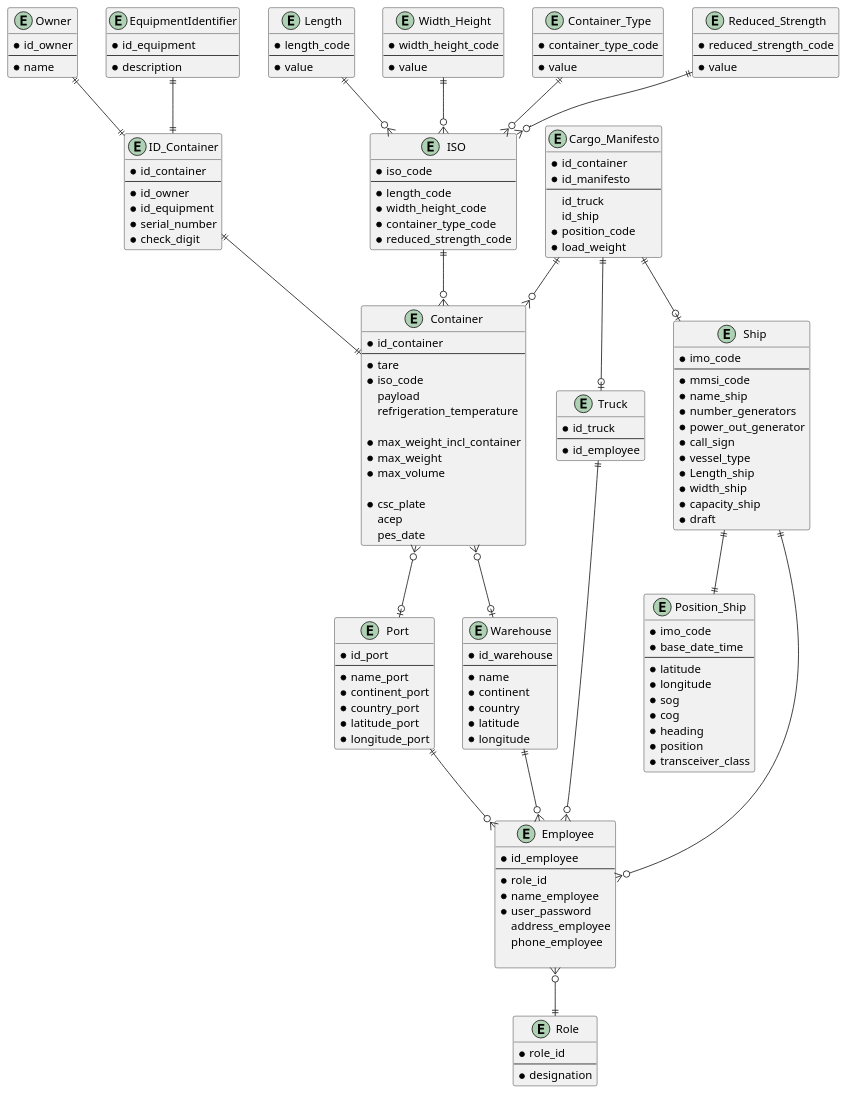
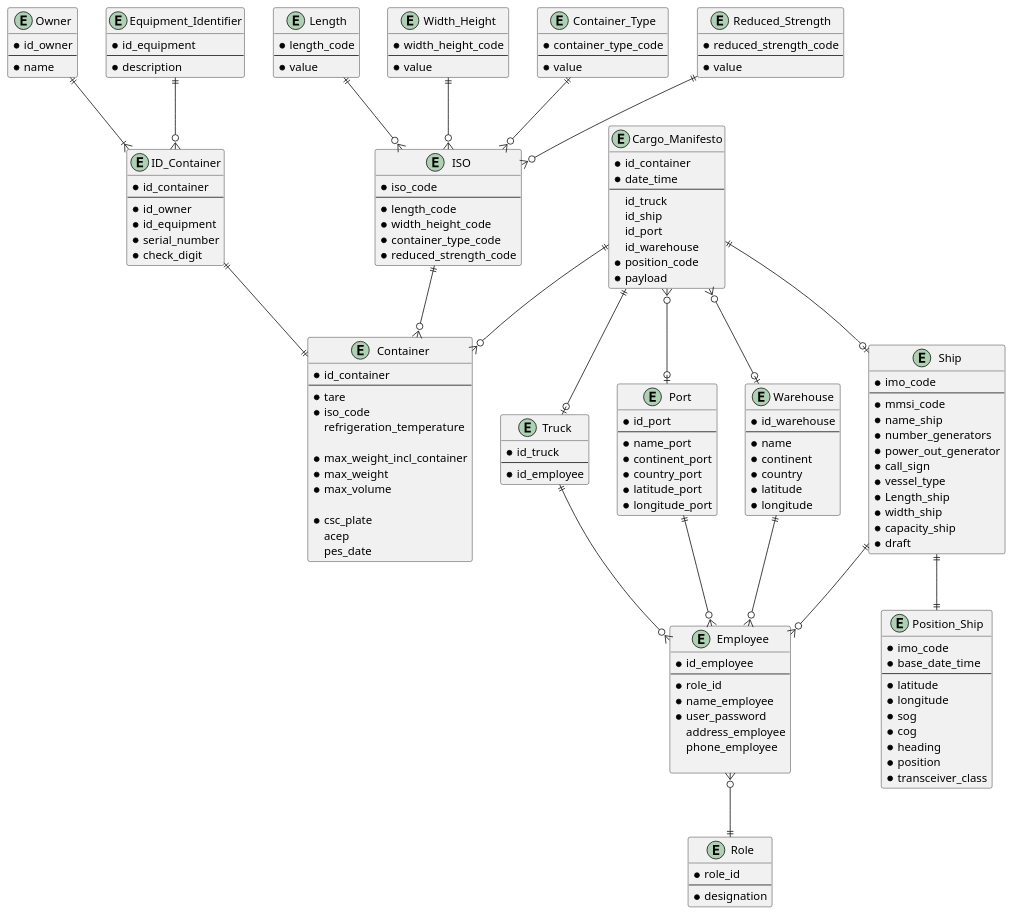
One commit to 1190772/LAB-Project-3 changed the diagram in docs/Sprint 1/us108/logical_model.puml. Above: the diagram before and after it, drawn with PlantUML. The commit also changed 3 other files, not shown here.

```diff
--- a/docs/Sprint 1/us108/logical_model.puml
+++ b/docs/Sprint 1/us108/logical_model.puml
@@ -1,180 +1,181 @@
 @startuml
 
 entity Container {
 * id_container
 --
 * tare
 * iso_code
-payload
 refrigeration_temperature
 
 * max_weight_incl_container
 * max_weight
 * max_volume
 
 *csc_plate
 acep
 pes_date
 }
 
 entity Owner {
 * id_owner
 --
 * name
 }
 
 entity ID_Container {
 * id_container
 --
 * id_owner
 * id_equipment
 * serial_number
 * check_digit
 }
 
-entity EquipmentIdentifier {
+entity Equipment_Identifier {
 * id_equipment
 --
 * description
 }
 
 entity ISO {
 * iso_code
 --
 * length_code
 * width_height_code
 * container_type_code
 * reduced_strength_code
 }
 
 entity Length {
 * length_code
 --
 * value
 }
 
 entity Width_Height {
 * width_height_code
 --
 * value
 }
 
 entity Container_Type {
 * container_type_code
 --
 * value
 }
 
 entity Reduced_Strength {
 * reduced_strength_code
 --
 * value
 }
 
 entity Cargo_Manifesto {
 * id_container
-* id_manifesto
+* date_time
 --
  id_truck
  id_ship
+ id_port
+ id_warehouse
 * position_code
-* load_weight
+* payload
 }
 
 entity Truck {
 * id_truck
 --
 * id_employee
 }
 
 entity Ship {
 * imo_code
 --
 * mmsi_code
 * name_ship
 * number_generators
 * power_out_generator
 * call_sign
 * vessel_type
 * Length_ship
 * width_ship
 * capacity_ship
 * draft
 }
 
 entity Position_Ship {
 * imo_code
 * base_date_time
 --
 * latitude
 * longitude
 * sog
 * cog
 * heading
 * position
 * transceiver_class
 }
 
 entity Port {
 * id_port
 --
 * name_port
 * continent_port
 * country_port
 * latitude_port
 * longitude_port
 }
 
 entity Warehouse {
 * id_warehouse
 --
 * name
 * continent
 * country
 * latitude
 * longitude
 }
 
 entity Employee{
 * id_employee
 --
 * role_id
 * name_employee
 * user_password
  address_employee
  phone_employee
 
 }
 
 entity Role {
 * role_id
 --
 * designation
 }
 
 
 Length ||--o{ ISO
 Width_Height ||--o{ ISO
 Container_Type ||--o{ ISO
 Reduced_Strength ||--o{ ISO
 
-Owner ||--|| ID_Container
-EquipmentIdentifier ||--|| ID_Container
+Owner ||--|{ ID_Container
+Equipment_Identifier ||--o{ ID_Container
 
 ID_Container ||--|| Container
 ISO ||--o{ Container
 Cargo_Manifesto ||--o{ Container
 Cargo_Manifesto ||--o| Ship
 Cargo_Manifesto ||--o| Truck
 Ship ||--|| Position_Ship
 
-Container }o--o| Warehouse
-Container }o--o| Port
+Cargo_Manifesto }o--o| Warehouse
+Cargo_Manifesto }o--o| Port
 
 Truck ||--o{ Employee
 Ship ||--o{ Employee
 Warehouse ||--o{ Employee
 Port ||--o{ Employee
 Employee }o--|| Role
 
 @enduml
```
